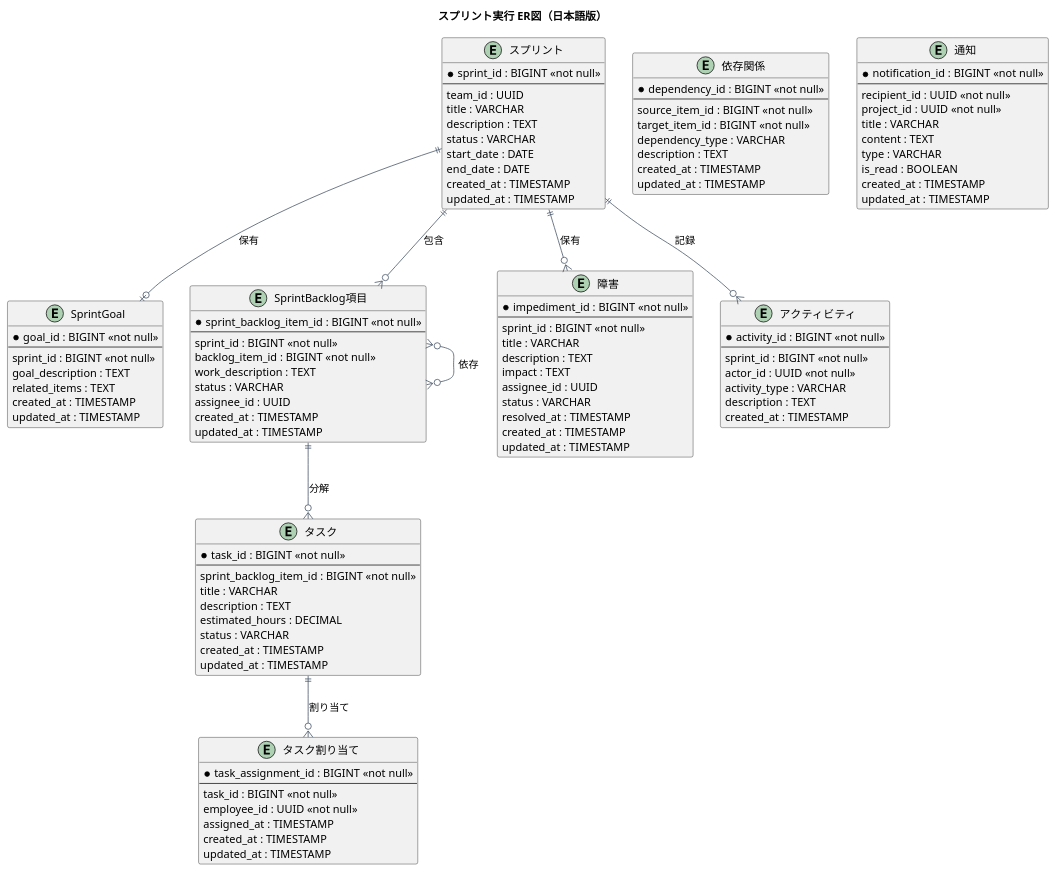
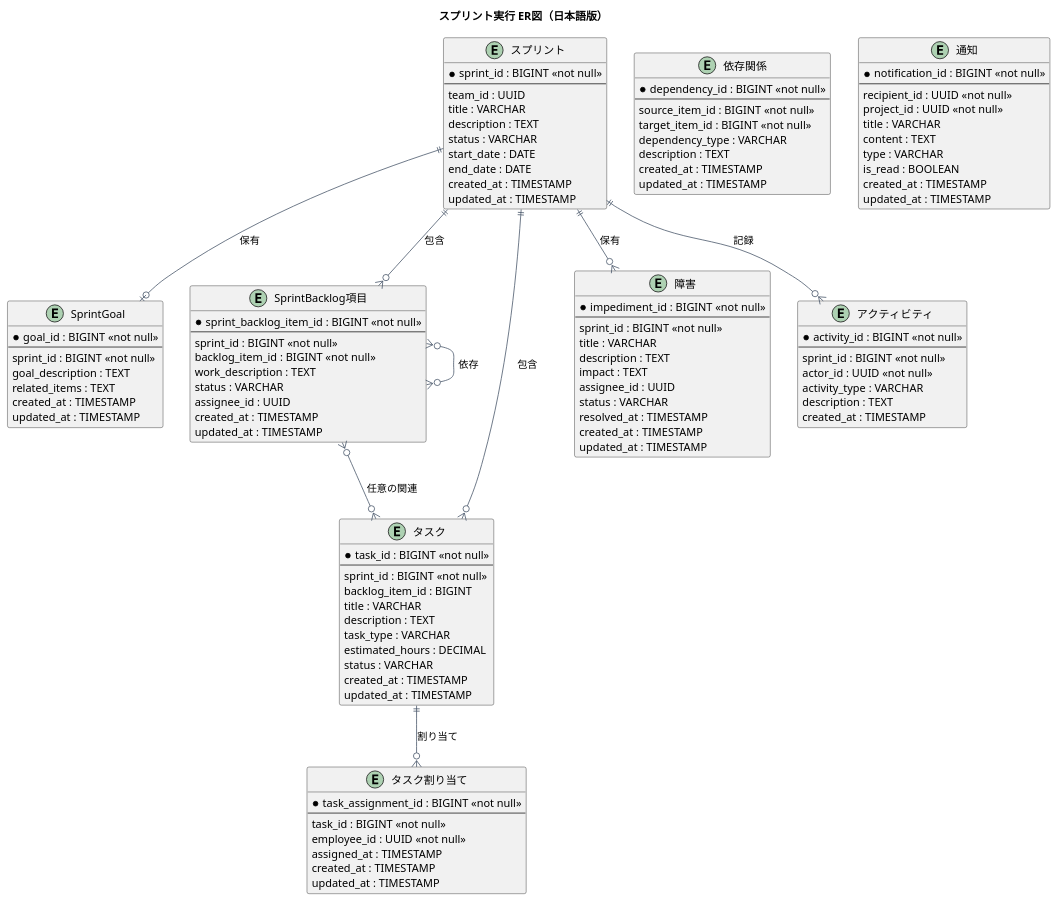
Before and after one commit to mizo432/modulith-learning: the second of 2 diagrams in docs/22 要件定義書/AG アジルーム/03 機能要件/AG-04 スプリント実行/04.システム/01.情報/情報ER図.md, drawn with PlantUML. The commit also changed other lines of this file and 10 other files, not shown here.

```diff
--- a/docs/22 要件定義書/AG アジルーム/03 機能要件/AG-04 スプリント実行/04.システム/01.情報/情報ER図.md
+++ b/docs/22 要件定義書/AG アジルーム/03 機能要件/AG-04 スプリント実行/04.システム/01.情報/情報ER図.md
@@ -187,9 +190,11 @@
 entity "タスク" as Task {
   * task_id : BIGINT <<not null>>
   --
-  sprint_backlog_item_id : BIGINT <<not null>>
+  sprint_id : BIGINT <<not null>>
+  backlog_item_id : BIGINT
   title : VARCHAR
   description : TEXT
+  task_type : VARCHAR
   estimated_hours : DECIMAL
   status : VARCHAR
   created_at : TIMESTAMP
@@ -258,7 +263,8 @@
 Sprint ||--o{ SprintBacklogItem : 包含
 Sprint ||--o{ Impediment : 保有
 Sprint ||--o{ Activity : 記録
-SprintBacklogItem ||--o{ Task : 分解
+Sprint ||--o{ Task : 包含
+SprintBacklogItem }o--o{ Task : 任意の関連
 Task ||--o{ TaskAssignment : 割り当て
 SprintBacklogItem }o--o{ SprintBacklogItem : 依存
 @enduml
```
